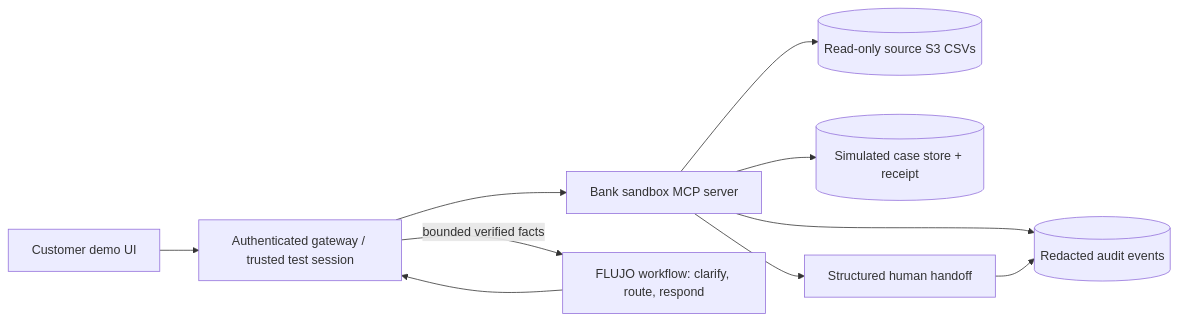
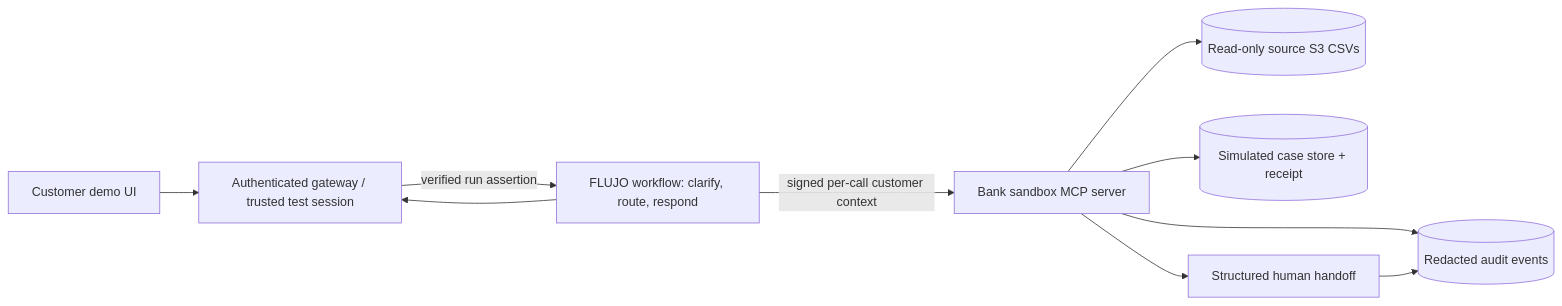
Before and after one commit to mario-andreschak/factored-hackathon-2026-mcg: the diagram in docs/HACKATHON_AUDIT_PLAN.md, drawn with Mermaid. The commit also changed other lines of this file and 3 other files, not shown here.

Commit message:
docs: propose customer-bound FLUJO banking MCP runs

````diff
--- a/docs/HACKATHON_AUDIT_PLAN.md
+++ b/docs/HACKATHON_AUDIT_PLAN.md
@@ -50,12 +50,12 @@
 ```mermaid
 flowchart LR
   U[Customer demo UI] --> G[Authenticated gateway / trusted test session]
-  G --> M[Bank sandbox MCP server]
-  G -->|bounded verified facts| F[FLUJO workflow: clarify, route, respond]
+  G -->|verified run assertion| F[FLUJO workflow: clarify, route, respond]
+  F -->|signed per-call customer context| M[Bank sandbox MCP server]
   F --> G
   M --> R[(Read-only source S3 CSVs)]
   M --> C[(Simulated case store + receipt)]
   M --> H[Structured human handoff]
   M --> A[(Redacted audit events)]
   H --> A
 ```
````
